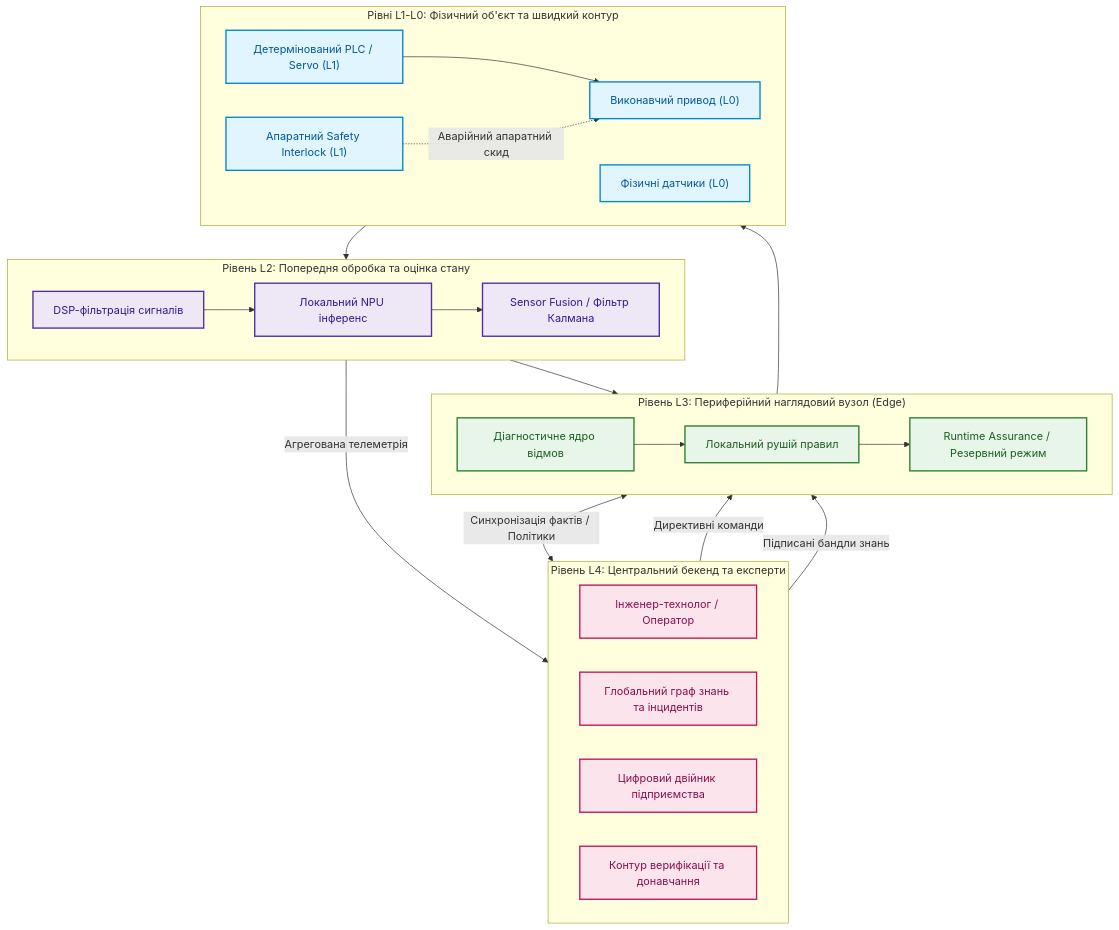
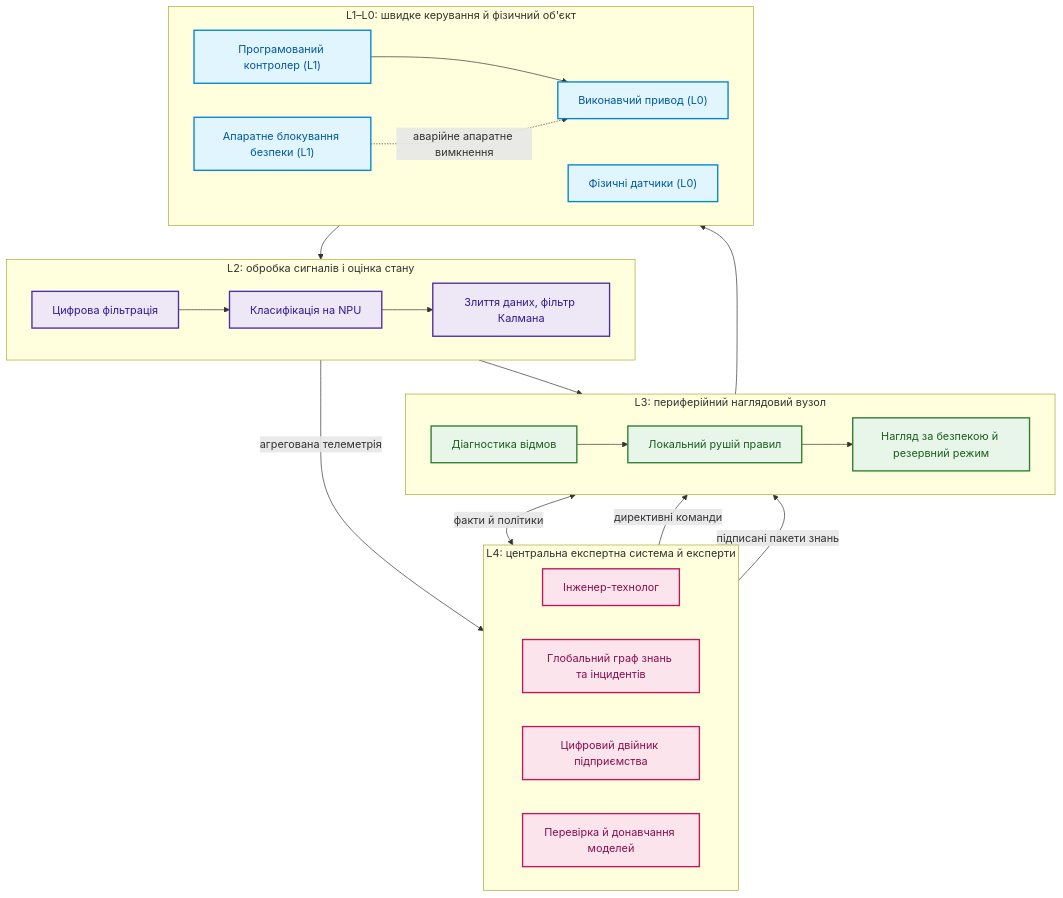
One commit to nick-fedchik/articles changed the third of 5 diagrams in ExpertSystem/ch22-cybernetics-edge-to-backend.md. Above: the diagram before and after it, drawn with Mermaid. The commit also changed other lines of this file and 7 other files, not shown here.

````diff
--- a/ExpertSystem/ch22-cybernetics-edge-to-backend.md
+++ b/ExpertSystem/ch22-cybernetics-edge-to-backend.md
@@ -170,55 +219,55 @@
 ```mermaid
 flowchart TB
-    accTitle: Розподілена багаторівнева архітектура L0-L4
-    accDescr: Взаємодія між фізичним процесом L0, швидкими контролерами L1, сенсорною обробкою L2, наглядовим Edge L3 та бекендом L4.
+    accTitle: Розподілена архітектура рівнів L0–L4
+    accDescr: Фізичні датчики й приводи та швидкі контролери на рівнях L0–L1, обробка сигналів і оцінка стану на L2, периферійний нагляд на L3 і центральна експертна система на L4.
 
-    subgraph L4_Backend["Рівень L4: Центральний бекенд та експерти"]
+    subgraph L4_Backend["L4: центральна експертна система й експерти"]
         direction LR
-        HUM["Інженер-технолог / Оператор"]
+        HUM["Інженер-технолог"]
         KG["Глобальний граф знань та інцидентів"]
         DT["Цифровий двійник підприємства"]
-        TRAIN["Контур верифікації та донавчання"]
+        TRAIN["Перевірка й донавчання моделей"]
     end
 
-    subgraph L3_Edge["Рівень L3: Периферійний наглядовий вузол (Edge)"]
+    subgraph L3_Edge["L3: периферійний наглядовий вузол"]
         direction LR
         E_RULE["Локальний рушій правил"]
-        E_DIAG["Діагностичне ядро відмов"]
-        E_SAFE["Runtime Assurance / Резервний режим"]
+        E_DIAG["Діагностика відмов"]
+        E_SAFE["Нагляд за безпекою й резервний режим"]
     end
 
-    subgraph L2_Perception["Рівень L2: Попередня обробка та оцінка стану"]
+    subgraph L2_Perception["L2: обробка сигналів і оцінка стану"]
         direction LR
-        DSP["DSP-фільтрація сигналів"]
-        NPU_INF["Локальний NPU інференс"]
-        FUSION["Sensor Fusion / Фільтр Калмана"]
+        DSP["Цифрова фільтрація"]
+        NPU_INF["Класифікація на NPU"]
+        FUSION["Злиття даних, фільтр Калмана"]
     end
 
-    subgraph L1_L0_Plant["Рівні L1-L0: Фізичний об'єкт та швидкий контур"]
+    subgraph L1_L0_Plant["L1–L0: швидке керування й фізичний об'єкт"]
         direction LR
-        PLC["Детермінований PLC / Servo (L1)"]
-        INTER["Апаратний Safety Interlock (L1)"]
+        PLC["Програмований контролер (L1)"]
+        INTER["Апаратне блокування безпеки (L1)"]
         ACT_PHYS["Виконавчий привод (L0)"]
         SENS_PHYS["Фізичні датчики (L0)"]
     end
 
     SENS_PHYS --> DSP --> NPU_INF --> FUSION
     FUSION --> E_DIAG --> E_RULE --> E_SAFE
     E_SAFE --> PLC --> ACT_PHYS
-    INTER -.->|Аварійний апаратний скид| ACT_PHYS
+    INTER -.->|"аварійне апаратне вимкнення"| ACT_PHYS
 
-    E_RULE <-->|"Синхронізація фактів / Політики"| KG
-    FUSION -->|"Агрегована телеметрія"| DT
-    HUM -->|"Директивні команди"| E_SAFE
-    TRAIN -->|"Підписані бандли знань"| E_RULE
+    E_RULE <-->|"факти й політики"| KG
+    FUSION -->|"агрегована телеметрія"| DT
+    HUM -->|"директивні команди"| E_SAFE
+    TRAIN -->|"підписані пакети знань"| E_RULE
 
     classDef l4 fill:#fce4ec,stroke:#c2185b,stroke-width:2px,color:#880e4f;
     classDef l3 fill:#e8f5e9,stroke:#2e7d32,stroke-width:2px,color:#1b5e20;
     classDef l2 fill:#ede7f6,stroke:#512da8,stroke-width:2px,color:#311b92;
     classDef l1 fill:#e1f5fe,stroke:#0288d1,stroke-width:2px,color:#01579b;
 
     class HUM,KG,DT,TRAIN l4;
     class E_RULE,E_DIAG,E_SAFE l3;
     class DSP,NPU_INF,FUSION l2;
     class PLC,INTER,ACT_PHYS,SENS_PHYS l1;
 ```
````
